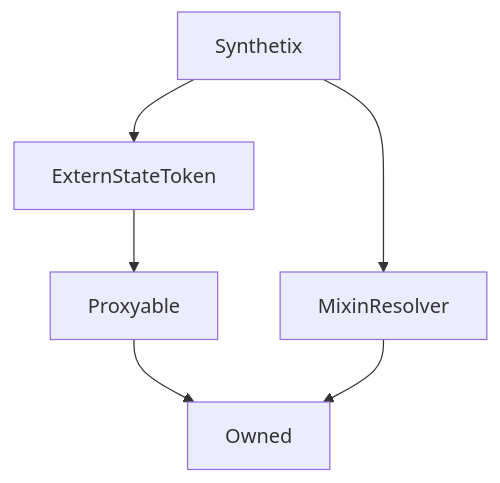
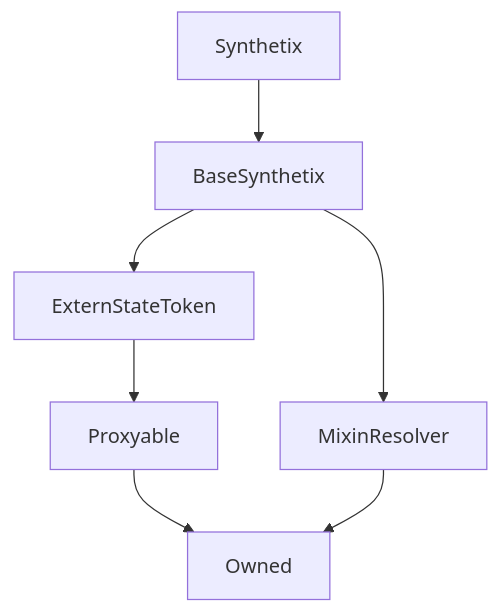
Before and after one commit to Synthetixio/synthetix-docs: the diagram in content/contracts/source/contracts/Synthetix.md, drawn with Mermaid. The commit also changed other lines of this file and 99 other files, not shown here.

````diff
--- a/content/contracts/source/contracts/Synthetix.md
+++ b/content/contracts/source/contracts/Synthetix.md
@@ -11,9 +11,10 @@
 ```mermaid
 graph TD
-    Synthetix[Synthetix] --> ExternStateToken[ExternStateToken]
-    Synthetix[Synthetix] --> MixinResolver[MixinResolver]
+    Synthetix[Synthetix] --> BaseSynthetix[BaseSynthetix]
+    BaseSynthetix[BaseSynthetix] --> ExternStateToken[ExternStateToken]
+    BaseSynthetix[BaseSynthetix] --> MixinResolver[MixinResolver]
     ExternStateToken[ExternStateToken] --> Proxyable[Proxyable]
     Proxyable[Proxyable] --> Owned[Owned]
     MixinResolver[MixinResolver] --> Owned[Owned]
 
 ```
````
